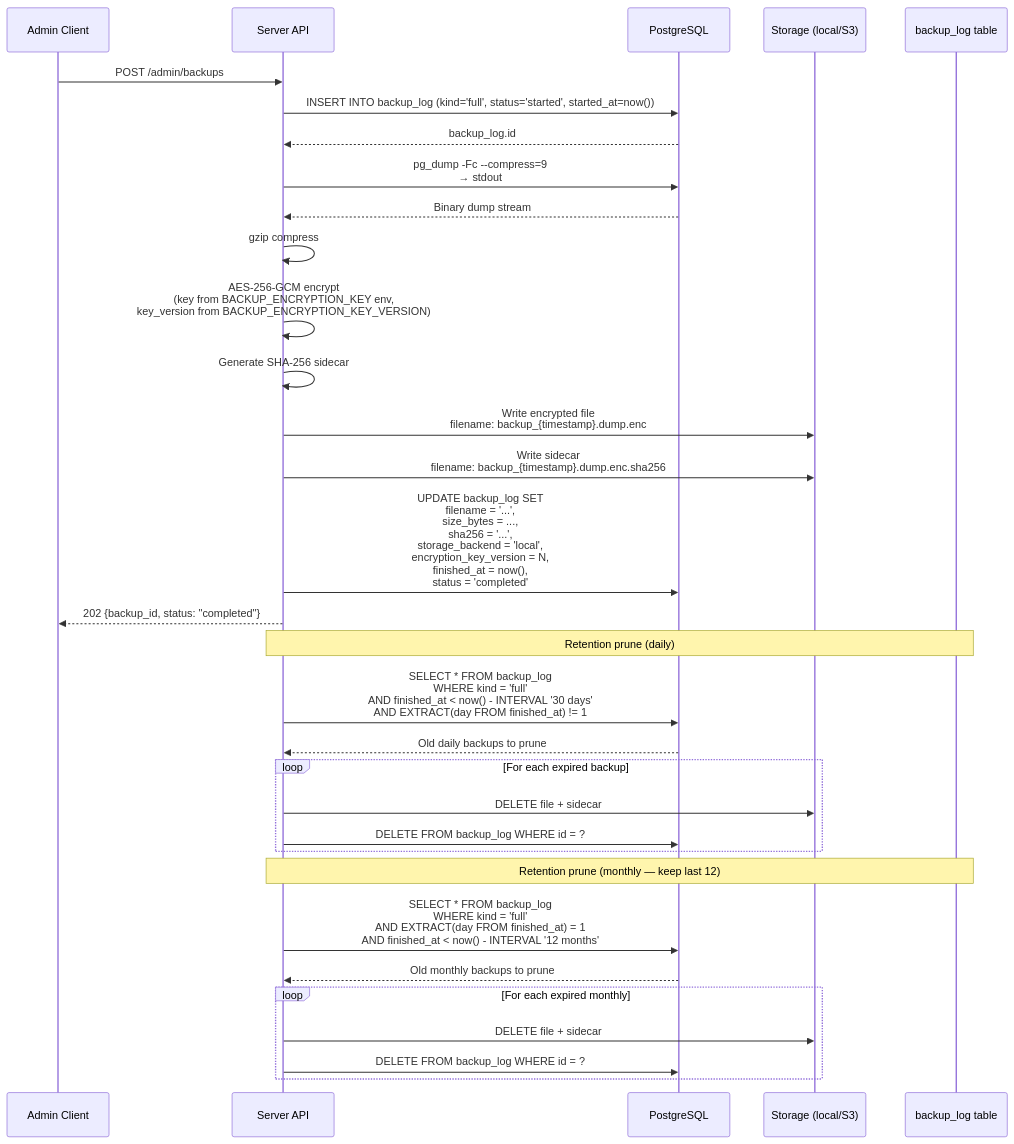
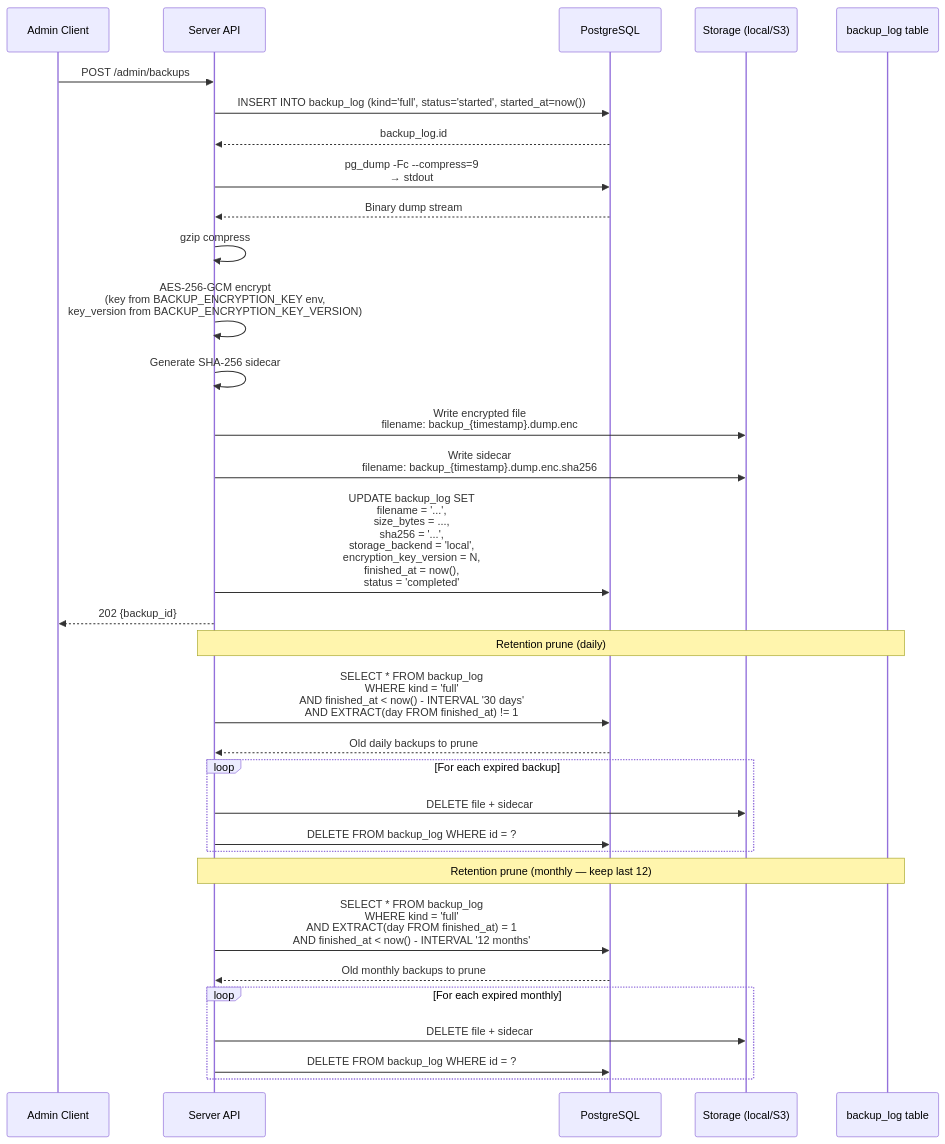
One commit to dhenji/qr_based_attendance_system changed the seventh of 7 diagrams in docs/architecture/data-flow.md. Above: the diagram before and after it, drawn with Mermaid. The commit also changed other lines of this file and 3 other files, not shown here.

````diff
--- a/docs/architecture/data-flow.md
+++ b/docs/architecture/data-flow.md
@@ -231,46 +228,46 @@
 ```mermaid
 sequenceDiagram
     participant ADM as Admin Client
     participant API as Server API
     participant DB as PostgreSQL
     participant FS as Storage (local/S3)
     participant LOG as backup_log table
 
     ADM->>API: POST /admin/backups
     API->>DB: INSERT INTO backup_log (kind='full', status='started', started_at=now())
     DB-->>API: backup_log.id
 
     API->>DB: pg_dump -Fc --compress=9<br>→ stdout
     DB-->>API: Binary dump stream
 
     API->>API: gzip compress
     API->>API: AES-256-GCM encrypt<br>(key from BACKUP_ENCRYPTION_KEY env,<br>key_version from BACKUP_ENCRYPTION_KEY_VERSION)
     API->>API: Generate SHA-256 sidecar
 
     API->>FS: Write encrypted file<br>filename: backup_{timestamp}.dump.enc
     API->>FS: Write sidecar<br>filename: backup_{timestamp}.dump.enc.sha256
 
     API->>DB: UPDATE backup_log SET<br>filename = '...',<br>size_bytes = ...,<br>sha256 = '...',<br>storage_backend = 'local',<br>encryption_key_version = N,<br>finished_at = now(),<br>status = 'completed'
 
-    API-->>ADM: 202 {backup_id, status: "completed"}
+    API-->>ADM: 202 {backup_id}
 
     Note over API,LOG: Retention prune (daily)
 
     API->>DB: SELECT * FROM backup_log<br>WHERE kind = 'full'<br>AND finished_at < now() - INTERVAL '30 days'<br>AND EXTRACT(day FROM finished_at) != 1
     DB-->>API: Old daily backups to prune
 
     loop For each expired backup
         API->>FS: DELETE file + sidecar
         API->>DB: DELETE FROM backup_log WHERE id = ?
     end
 
     Note over API,LOG: Retention prune (monthly — keep last 12)
 
     API->>DB: SELECT * FROM backup_log<br>WHERE kind = 'full'<br>AND EXTRACT(day FROM finished_at) = 1<br>AND finished_at < now() - INTERVAL '12 months'
     DB-->>API: Old monthly backups to prune
 
     loop For each expired monthly
         API->>FS: DELETE file + sidecar
         API->>DB: DELETE FROM backup_log WHERE id = ?
     end
 ```
````
